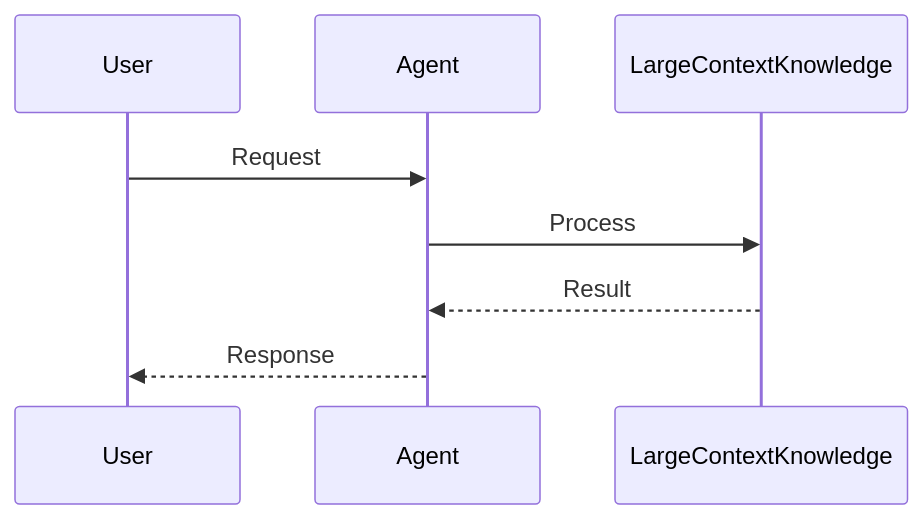
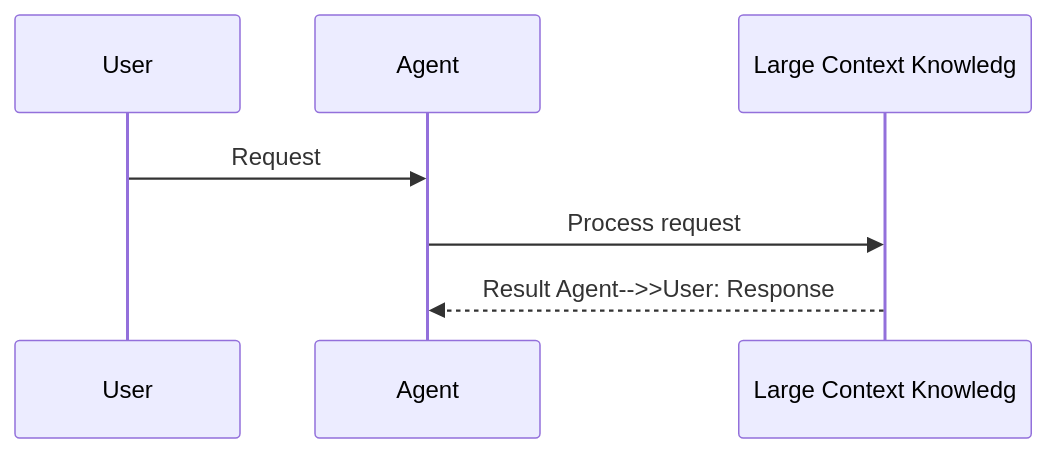
The second of 2 diagrams in docs/features/large-context-overview.mdx (MervinPraison/PraisonAIDocs), drawn with Mermaid before and after one commit. The commit also changed 204 other files, not shown here.

First line of the commit message:
docs: align feature/tool pages with AGENTS.md hero + sequence + import standards (fixes #1775)

````diff
--- a/docs/features/large-context-overview.mdx
+++ b/docs/features/large-context-overview.mdx
@@ -40,11 +40,10 @@
 ```mermaid
 sequenceDiagram
     participant User
     participant Agent
-    participant LargeContextKnowledge
+    participant Feature as Large Context Knowledg
 
     User->>Agent: Request
-    Agent->>LargeContextKnowledge: Process
-    LargeContextKnowledge-->>Agent: Result
-    Agent-->>User: Response
+    Agent->>Feature: Process request
+    Feature-->>Agent: Result    Agent-->>User: Response
 ```
````
